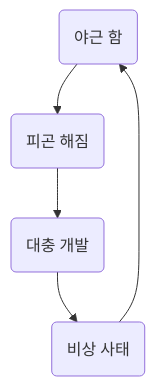
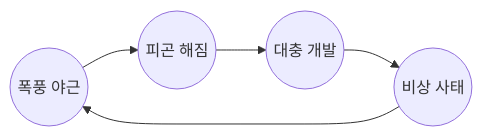
Before and after one commit to lhamed/lhamed.github.io: the second of 2 diagrams in _posts/2019-7-20-68th-post.md, drawn with Mermaid.

```diff
--- a/_posts/2019-7-20-68th-post.md
+++ b/_posts/2019-7-20-68th-post.md
@@ -32,11 +32,11 @@
 <div class="mermaid">
-graph TD;
-    A(야근 함)
-    B(피곤 해짐)
-    C(대충 개발)
-    D(비상 사태)
+graph LR;
+    A((폭풍 야근))
+    B((피곤 해짐))
+    C((대충 개발))
+    D((비상 사태))
     A --> B
     B --> C
     C --> D
     D --> A
 </div>
```
